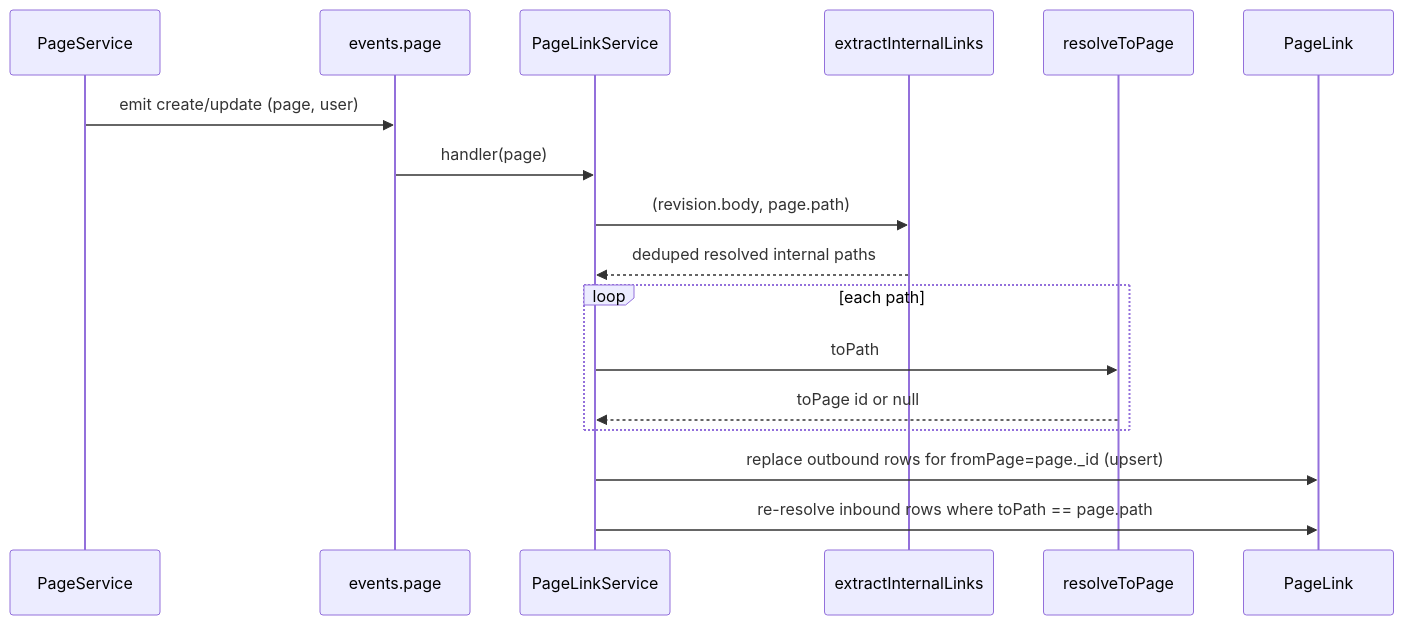
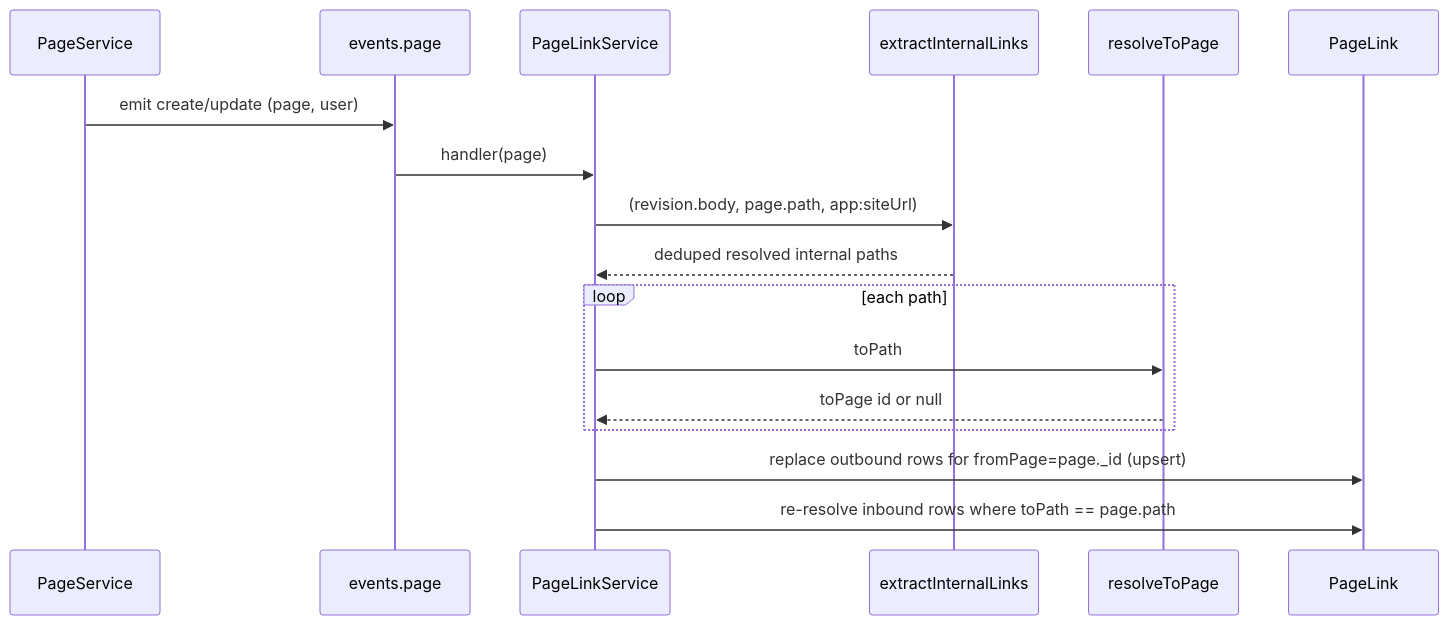
The second of 5 diagrams in .kiro/specs/backlinks/design.md (growilabs/growi), drawn with Mermaid before and after one commit. The commit also changed other lines of this file and 4 other files, not shown here.

````diff
--- a/.kiro/specs/backlinks/design.md
+++ b/.kiro/specs/backlinks/design.md
@@ -209,20 +217,20 @@
 ```mermaid
 sequenceDiagram
     participant PS as PageService
     participant Bus as events.page
     participant Svc as PageLinkService
     participant Ext as extractInternalLinks
     participant Res as resolveToPage
     participant DB as PageLink
 
     PS->>Bus: emit create/update (page, user)
     Bus->>Svc: handler(page)
-    Svc->>Ext: (revision.body, page.path)
+    Svc->>Ext: (revision.body, page.path, app:siteUrl)
     Ext-->>Svc: deduped resolved internal paths
     loop each path
         Svc->>Res: toPath
         Res-->>Svc: toPage id or null
     end
     Svc->>DB: replace outbound rows for fromPage=page._id (upsert)
     Svc->>DB: re-resolve inbound rows where toPath == page.path
 ```
````
